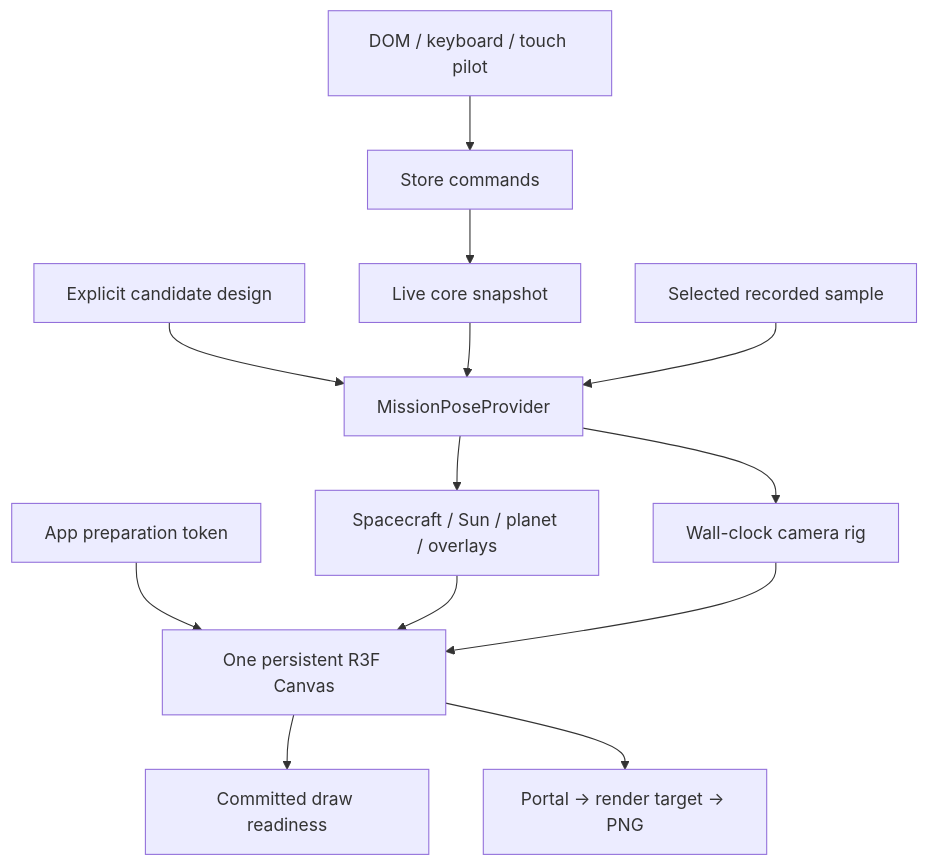
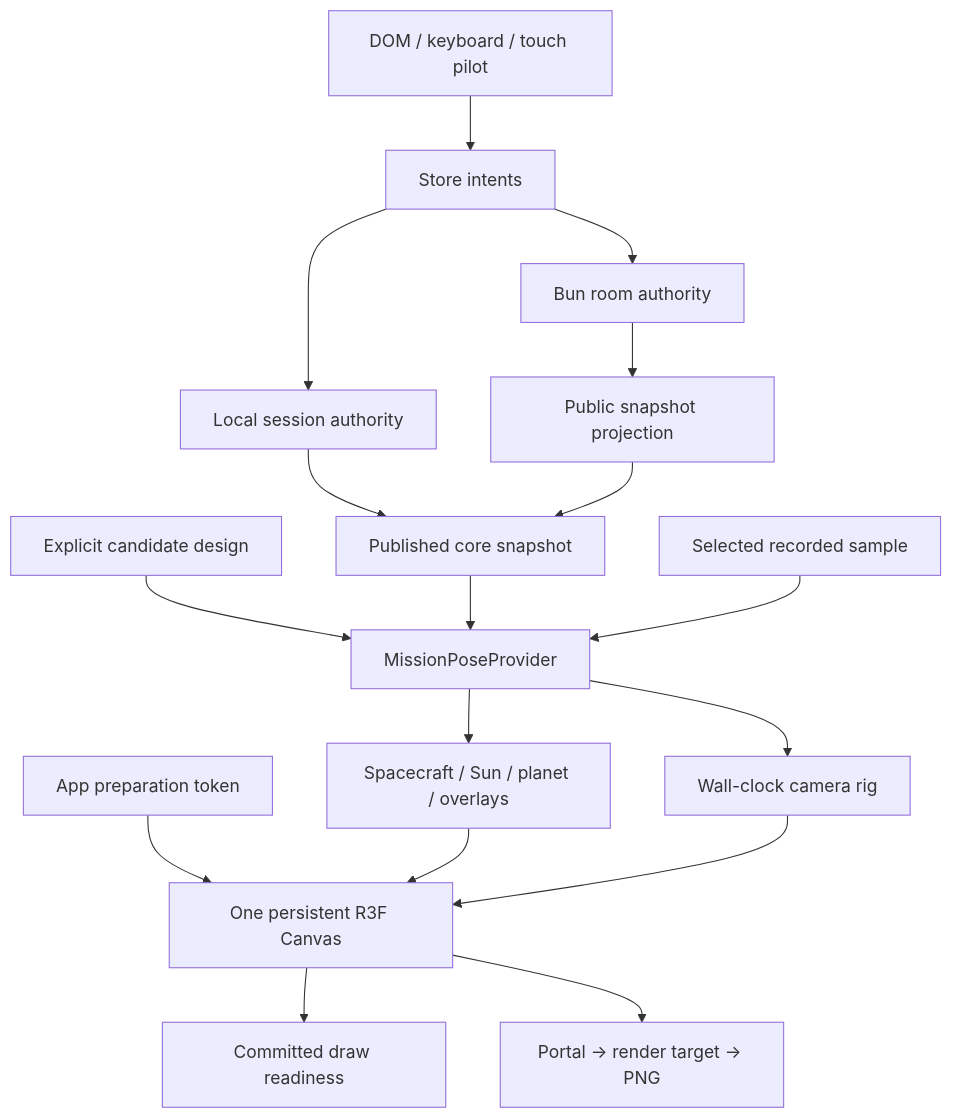
Before and after one commit to devguilhermy/astrix: the diagram in docs/RENDERIZATION.md, drawn with Mermaid. The commit also changed other lines of this file and 115 other files, not shown here.

````diff
--- a/docs/RENDERIZATION.md
+++ b/docs/RENDERIZATION.md
@@ -32,15 +32,19 @@
 ```mermaid
 flowchart TD
   Entry[App preparation token] --> Canvas[One persistent R3F Canvas]
   Candidate[Explicit candidate design] --> Pose[MissionPoseProvider]
-  Core[Live core snapshot] --> Pose
+  Core[Published core snapshot] --> Pose
   Recorded[Selected recorded sample] --> Pose
   Pose --> Scenes[Spacecraft / Sun / planet / overlays]
   Pose --> Camera[Wall-clock camera rig]
   Scenes --> Canvas
   Camera --> Canvas
   Canvas --> Draw[Committed draw readiness]
   Canvas --> Preview[Portal → render target → PNG]
-  Intent[DOM / keyboard / touch pilot] --> Store[Store commands]
-  Store --> Core
+  Intent[DOM / keyboard / touch pilot] --> Store[Store intents]
+  Store --> Local[Local session authority]
+  Store --> Remote[Bun room authority]
+  Local --> Core
+  Remote --> Projection[Public snapshot projection]
+  Projection --> Core
 ```
````
